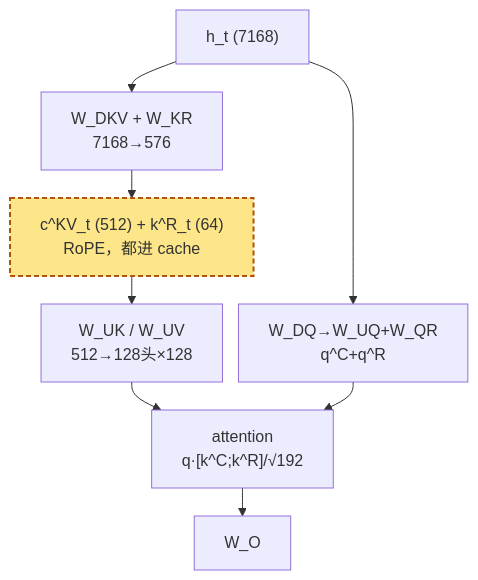
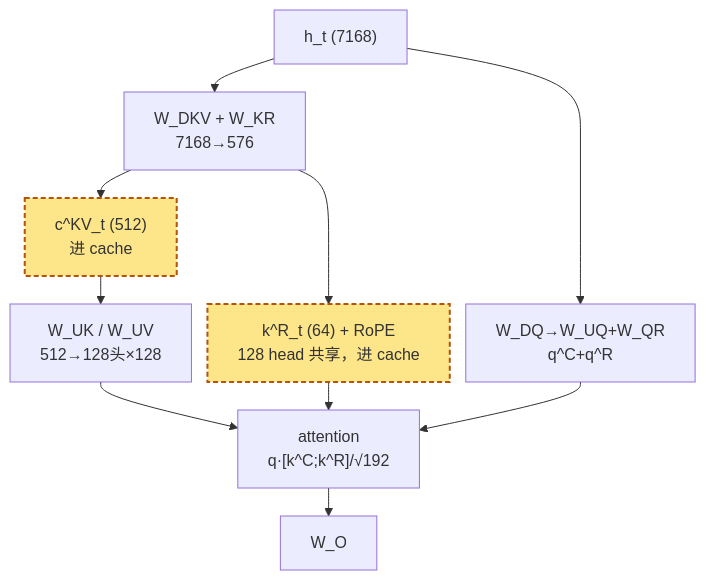
The first of 4 diagrams in slides/2026-04-09-modern-llm-architecture.md (arganzheng/arganzheng.github.com), drawn with Mermaid before and after one commit.

Commit message:
slides/modern-llm-architecture: restore dropped mermaid nodes/branches (semantic audit) — split long flows to v sub-slides

````diff
--- a/slides/2026-04-09-modern-llm-architecture.md
+++ b/slides/2026-04-09-modern-llm-architecture.md
@@ -104,12 +104,14 @@
 ```mermaid
 %%{init: {"flowchart": {"wrappingWidth": 260, "rankSpacing": 28, "nodeSpacing": 16}}}%%
 flowchart TB
     H["h_t (7168)"] --> DKV["W_DKV + W_KR<br/>7168→576"]
-    DKV --> CKV["c^KV_t (512) + k^R_t (64)<br/>RoPE，都进 cache"]
+    DKV --> CKV["c^KV_t (512)<br/>进 cache"]
+    DKV --> KR["k^R_t (64) + RoPE<br/>128 head 共享，进 cache"]
     CKV --> UKV["W_UK / W_UV<br/>512→128头×128"]
     UKV --> ATT["attention<br/>q·[k^C;k^R]/√192"]
+    KR --> ATT
     H --> Q["W_DQ→W_UQ+W_QR<br/>q^C+q^R"] --> ATT
     ATT --> WO["W_O"]
     classDef cache fill:#fde68a,stroke:#b45309,stroke-width:2px,stroke-dasharray:5 3
-    class CKV cache
+    class CKV,KR cache
 ```
````
